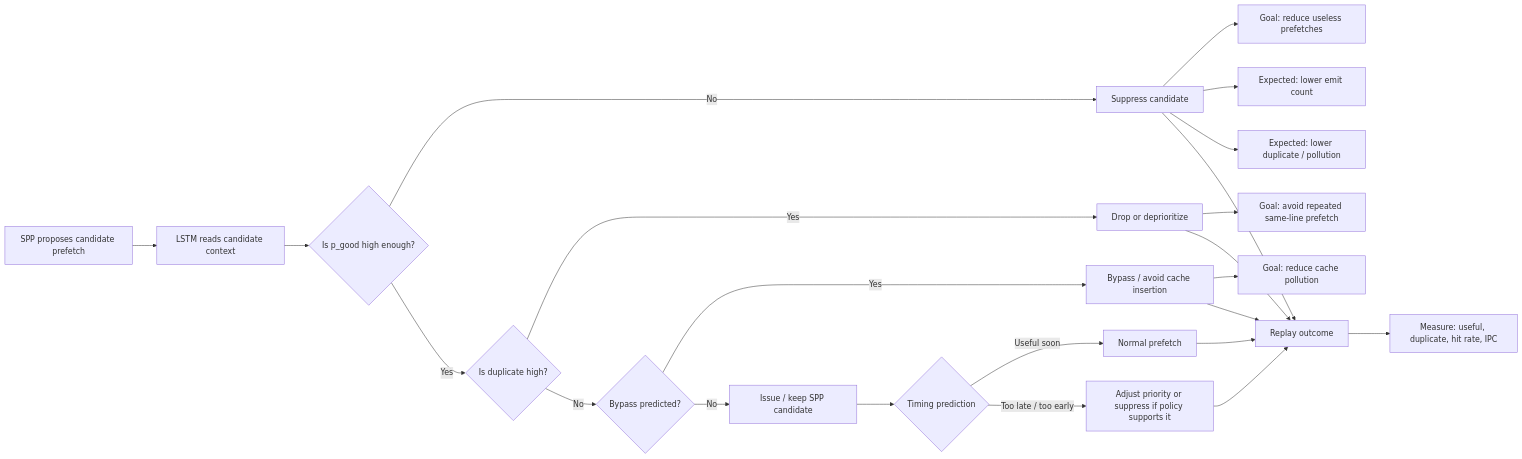
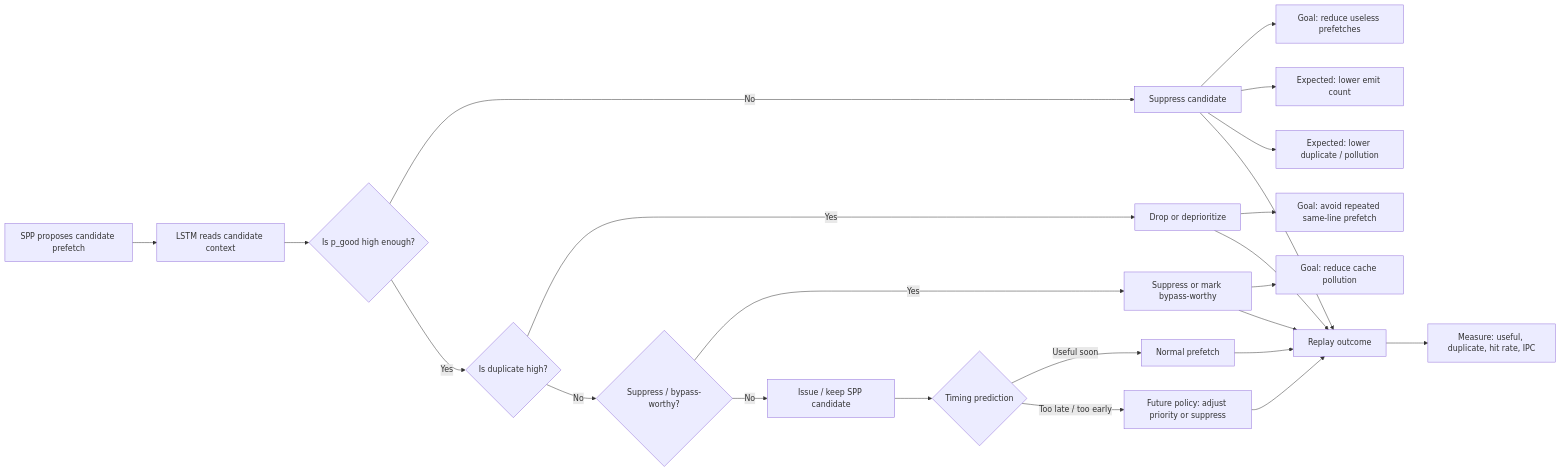
One commit to Angelawoo572/cache_arch changed the sixth of 8 diagrams in formal_NN_training/LSTM_cache_action_pipeline_story.md. Above: the diagram before and after it, drawn with Mermaid. The commit also changed other lines of this file, not shown here.

Commit message:
Tighten LSTM flowchart wording

````diff
--- a/formal_NN_training/LSTM_cache_action_pipeline_story.md
+++ b/formal_NN_training/LSTM_cache_action_pipeline_story.md
@@ -273,35 +273,35 @@
 ```mermaid
 flowchart LR
     A[SPP proposes candidate prefetch] --> B[LSTM reads candidate context]
 
     B --> C{Is p_good high enough?}
 
     C -- No --> D[Suppress candidate]
     D --> D1[Goal: reduce useless prefetches]
     D --> D2[Expected: lower emit count]
     D --> D3[Expected: lower duplicate / pollution]
 
     C -- Yes --> E{Is duplicate high?}
 
     E -- Yes --> F[Drop or deprioritize]
     F --> F1[Goal: avoid repeated same-line prefetch]
 
-    E -- No --> G{Bypass predicted?}
+    E -- No --> G{Suppress / bypass-worthy?}
 
-    G -- Yes --> H[Bypass / avoid cache insertion]
+    G -- Yes --> H[Suppress or mark bypass-worthy]
     H --> H1[Goal: reduce cache pollution]
 
     G -- No --> I[Issue / keep SPP candidate]
 
     I --> J{Timing prediction}
     J -- Useful soon --> K[Normal prefetch]
-    J -- Too late / too early --> L[Adjust priority or suppress if policy supports it]
+    J -- Too late / too early --> L[Future policy: adjust priority or suppress]
 
     K --> M[Replay outcome]
     L --> M
     H --> M
     F --> M
     D --> M
 
     M --> N[Measure: useful, duplicate, hit rate, IPC]
 ```
````
